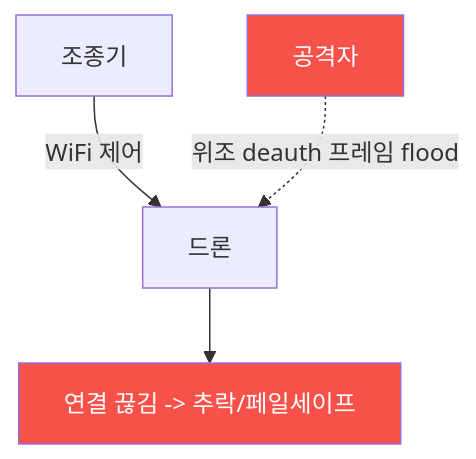
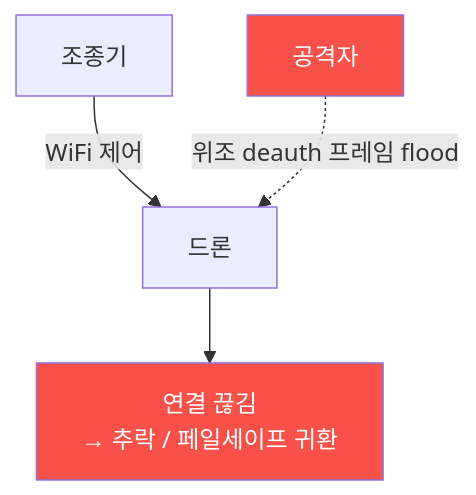
Before and after one commit to mrgrit/tw2: the diagram in contents/training/autonomous-systems/lecture_week03.md, drawn with Mermaid. The commit also changed other lines of this file, not shown here.

First line of the commit message:
docs(autonomous-systems): W03 강의 교재 보강 — 드론 해킹(Deauth·MAVLink·하이재킹)

````diff
--- a/contents/training/autonomous-systems/lecture_week03.md
+++ b/contents/training/autonomous-systems/lecture_week03.md
@@ -53,8 +54,8 @@
 ```mermaid
 graph TD
-    C["조종기"] -->|WiFi 제어| D["드론"]
-    ATK["공격자"] -.위조 deauth 프레임 flood.-> D
-    D --> R["연결 끊김 -> 추락/페일세이프"]
+    C["조종기"] -->|"WiFi 제어"| D["드론"]
+    ATK["공격자"] -. "위조 deauth 프레임 flood" .-> D
+    D --> R["연결 끊김<br/>→ 추락 / 페일세이프 귀환"]
     style ATK fill:#f85149,color:#fff
     style R fill:#f85149,color:#fff
 ```
````
